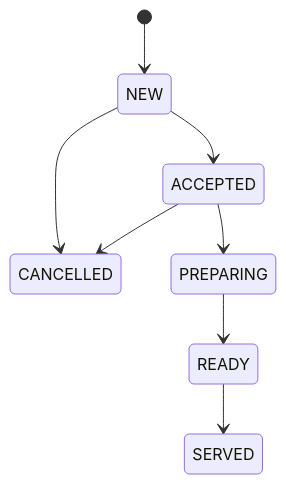
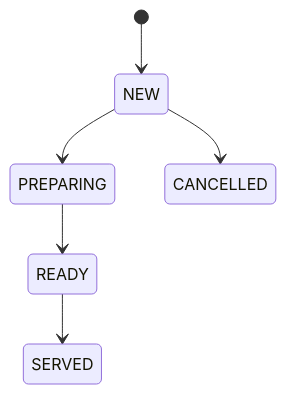
Before and after one commit to OjasPurohit/Meridian-Bay: the third of 4 diagrams in docs/contracts/ENUMS.md, drawn with Mermaid. The commit also changed other lines of this file and 276 other files, not shown here.

````diff
--- a/docs/contracts/ENUMS.md
+++ b/docs/contracts/ENUMS.md
@@ -123,10 +66,8 @@
 ```mermaid
 stateDiagram-v2
   [*] --> NEW
-  NEW --> ACCEPTED
+  NEW --> PREPARING
   NEW --> CANCELLED
-  ACCEPTED --> PREPARING
-  ACCEPTED --> CANCELLED
   PREPARING --> READY
   READY --> SERVED
 ```
````
